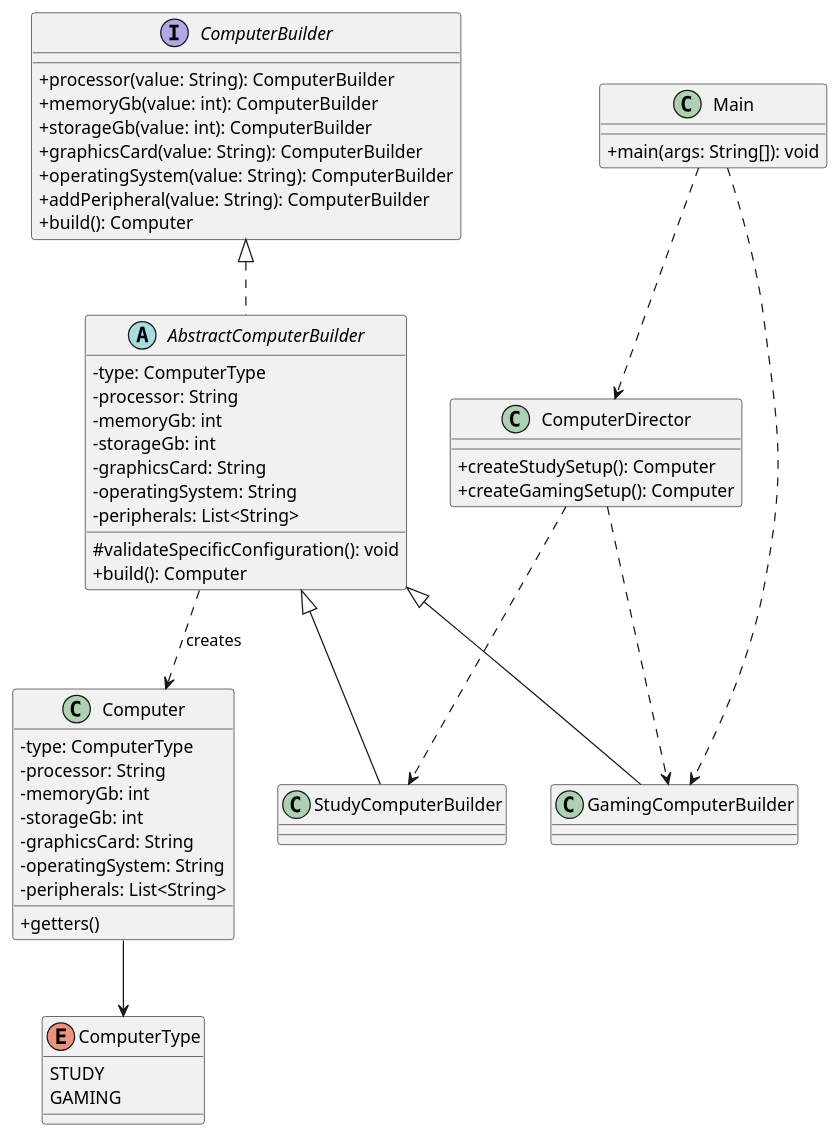
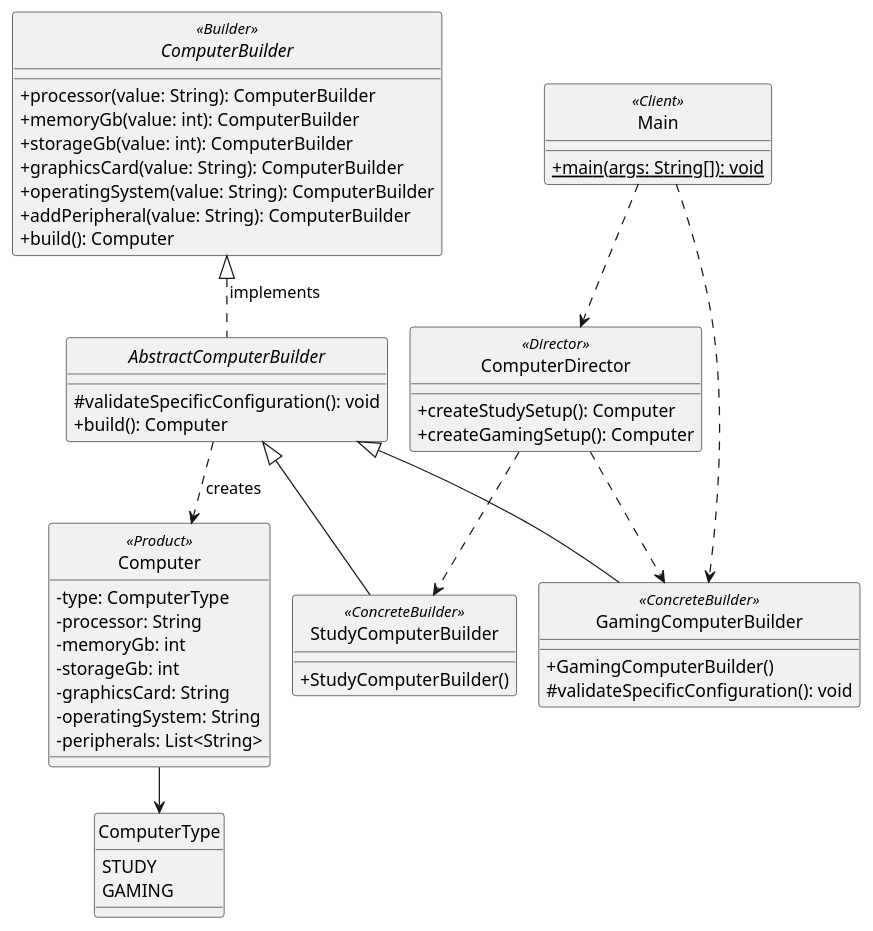
The diagram in uml/builder-pattern.puml (Mikosh001/assignment-1-builder-pattern), drawn with PlantUML before and after one commit. The commit also changed other lines of this file, not shown here.

Commit message:
Clarify UML roles and class relationships

```diff
--- a/uml/builder-pattern.puml
+++ b/uml/builder-pattern.puml
@@ -1,61 +1,62 @@
 @startuml
+!pragma layout smetana
 skinparam classAttributeIconSize 0
+skinparam shadowing false
+skinparam monochrome true
+hide circle
 
 enum ComputerType {
   STUDY
   GAMING
 }
 
-class Computer {
+class Computer <<Product>> {
   - type: ComputerType
   - processor: String
   - memoryGb: int
   - storageGb: int
   - graphicsCard: String
   - operatingSystem: String
   - peripherals: List<String>
-  + getters()
 }
 
-interface ComputerBuilder {
+interface ComputerBuilder <<Builder>> {
   + processor(value: String): ComputerBuilder
   + memoryGb(value: int): ComputerBuilder
   + storageGb(value: int): ComputerBuilder
   + graphicsCard(value: String): ComputerBuilder
   + operatingSystem(value: String): ComputerBuilder
   + addPeripheral(value: String): ComputerBuilder
   + build(): Computer
 }
 
 abstract class AbstractComputerBuilder {
-  - type: ComputerType
-  - processor: String
-  - memoryGb: int
-  - storageGb: int
-  - graphicsCard: String
-  - operatingSystem: String
-  - peripherals: List<String>
   # validateSpecificConfiguration(): void
   + build(): Computer
 }
 
-class StudyComputerBuilder
-class GamingComputerBuilder
-class ComputerDirector {
+class StudyComputerBuilder <<ConcreteBuilder>> {
+  + StudyComputerBuilder()
+}
+class GamingComputerBuilder <<ConcreteBuilder>> {
+  + GamingComputerBuilder()
+  # validateSpecificConfiguration(): void
+}
+class ComputerDirector <<Director>> {
   + createStudySetup(): Computer
   + createGamingSetup(): Computer
 }
-class Main {
-  + main(args: String[]): void
+class Main <<Client>> {
+  {static} + main(args: String[]): void
 }
 
-ComputerBuilder <|.. AbstractComputerBuilder
+ComputerBuilder <|.. AbstractComputerBuilder : implements
 AbstractComputerBuilder <|-- StudyComputerBuilder
 AbstractComputerBuilder <|-- GamingComputerBuilder
 AbstractComputerBuilder ..> Computer : creates
 Computer --> ComputerType
 ComputerDirector ..> StudyComputerBuilder
 ComputerDirector ..> GamingComputerBuilder
 Main ..> ComputerDirector
 Main ..> GamingComputerBuilder
 @enduml
```
